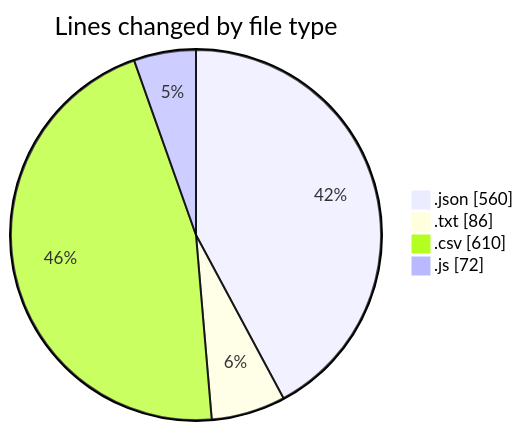
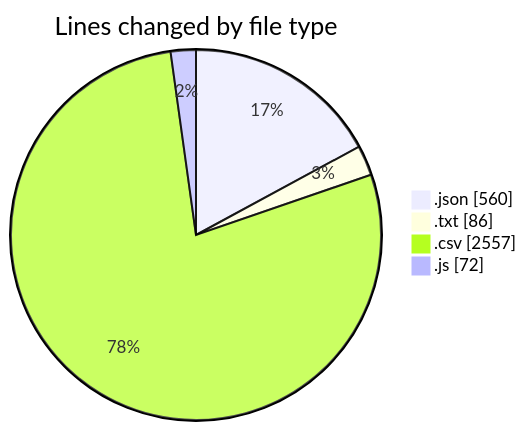
Before and after one commit to EIIisD/code-tracking: the first of 2 diagrams in 2025-07-27/refunds/README.md, drawn with Mermaid. The commit also changed other lines of this file and 1 other file, not shown here.

````diff
--- a/2025-07-27/refunds/README.md
+++ b/2025-07-27/refunds/README.md
@@ -25,8 +26,8 @@
 ```mermaid
 pie showData
 title Lines changed by file type
 ".json" : 560
 ".txt" : 86
-".csv" : 610
+".csv" : 2557
 ".js" : 72
 ```
````
